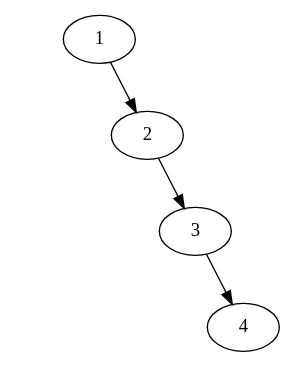
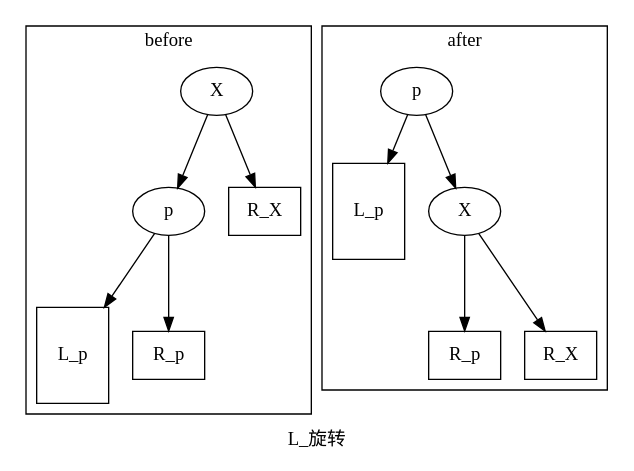
One commit to Meidozuki/Meidozuki.github.io changed the first of 3 diagrams in 3-Tree/Advanced.md. Above: the diagram before and after it, drawn with Graphviz. The commit also changed other lines of this file and 3 other files, not shown here.

Commit message:
尝试分离graphviz

````diff
--- a/3-Tree/Advanced.md
+++ b/3-Tree/Advanced.md
@@ -9,14 +25,38 @@
 ```graphviz
 digraph  {
-    node[style=invis]
-    01
-    02
-    03
-    node[style=none]
-    1->2->3->4
-    edge[style=invis]
-    1->01
-    2->02
-    3->03
+    label=L_旋转
+    subgraph cluster{
+        label=before
+        X->p
+        X->R_X
+        p->L_p
+        p->R_p
+        L_p[shape=box,height=1]
+        
+        R_X[shape=box]
+        R_p[shape=box]
+        node[style=invis]
+        edge[style=invis]
+        R_X->0
+    }
+    
+    subgraph cluster2{
+        label=after
+        p2->L_p2
+        p2->X2
+        X2->R_p2
+        X2->R_X2
+        L_p2[shape=box,height=1]
+
+        R_X2[label=R_X,shape=box]
+        R_p2[label=R_p,shape=box]
+        X2[label=X]
+        p2[label=p]
+        L_p2[label=L_p]
+
+        node[style=invis]
+        edge[style=invis]
+        L_p2->02
+    }
 }
 ```
````
